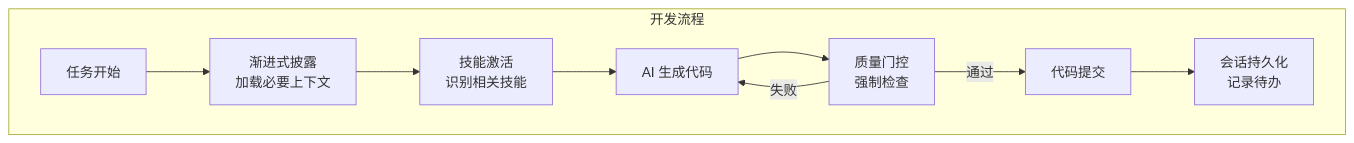
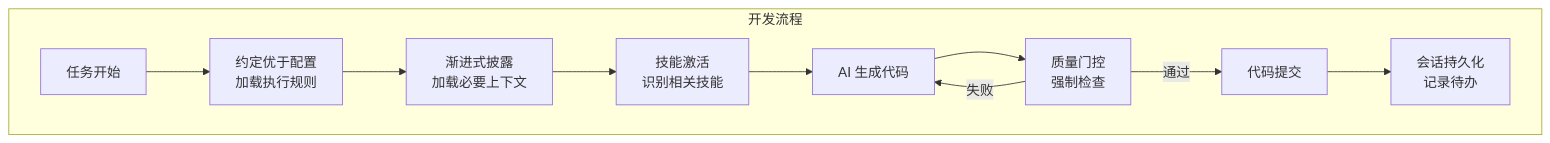
One commit to imchangchang/skills-registry changed the third of 3 diagrams in docs/methodology.md. Above: the diagram before and after it, drawn with Mermaid. The commit also changed other lines of this file and 3 other files, not shown here.

````diff
--- a/docs/methodology.md
+++ b/docs/methodology.md
@@ -249,12 +347,13 @@
 ```mermaid
 graph TB
     subgraph 开发流程
-        A[任务开始] --> B[渐进式披露<br/>加载必要上下文]
-        B --> C[技能激活<br/>识别相关技能]
-        C --> D[AI 生成代码]
-        D --> E[质量门控<br/>强制检查]
-        E -->|通过| F[代码提交]
-        E -->|失败| D
-        F --> G[会话持久化<br/>记录待办]
+        A[任务开始] --> B[约定优于配置<br/>加载执行规则]
+        B --> C[渐进式披露<br/>加载必要上下文]
+        C --> D[技能激活<br/>识别相关技能]
+        D --> E[AI 生成代码]
+        E --> F[质量门控<br/>强制检查]
+        F -->|通过| G[代码提交]
+        F -->|失败| E
+        G --> H[会话持久化<br/>记录待办]
     end
 ```
````
